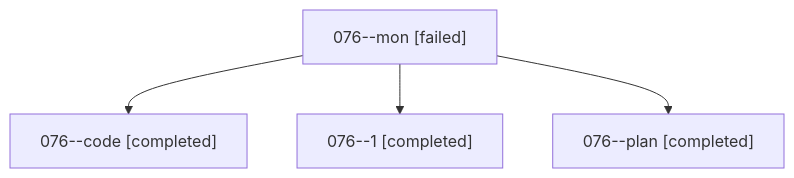
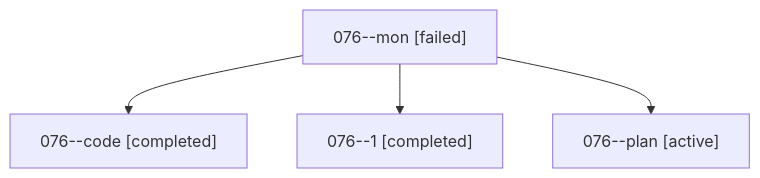
One commit to sase-org/sase--agents changed the diagram in families/bbugyi200.athena.076.md. Above: the diagram before and after it, drawn with Mermaid. The commit also changed other lines of this file and 35830 other files, not shown here.

````diff
--- a/families/bbugyi200.athena.076.md
+++ b/families/bbugyi200.athena.076.md
@@ -9,10 +9,10 @@
 ```mermaid
 flowchart TD
   n0["076--mon [failed]"]
   n1["076--code [completed]"]
   n0 --> n1
   n2["076--1 [completed]"]
   n0 --> n2
-  n3["076--plan [completed]"]
+  n3["076--plan [active]"]
   n0 --> n3
 ```
````
